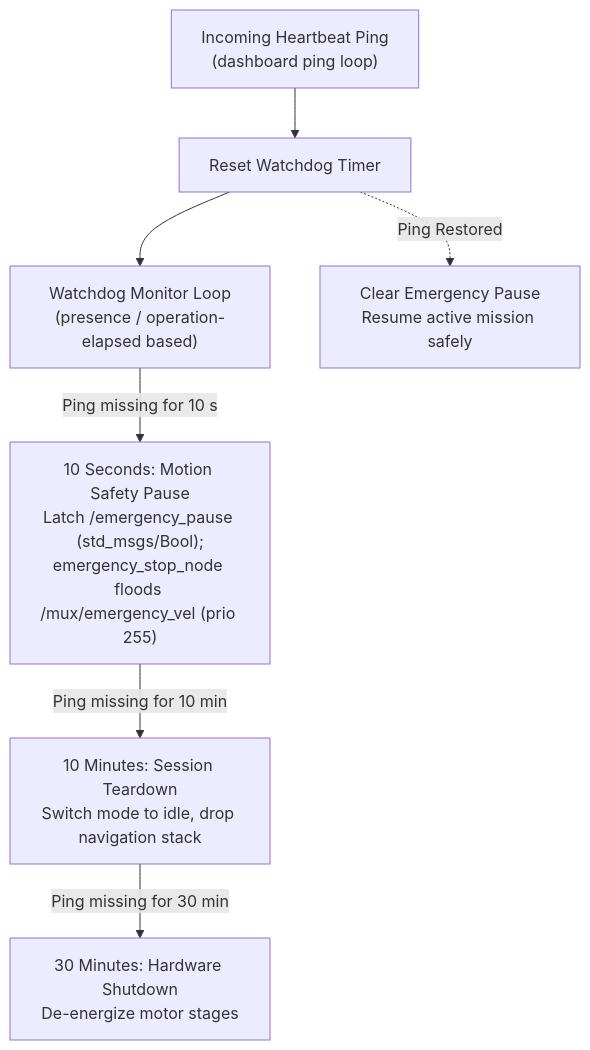
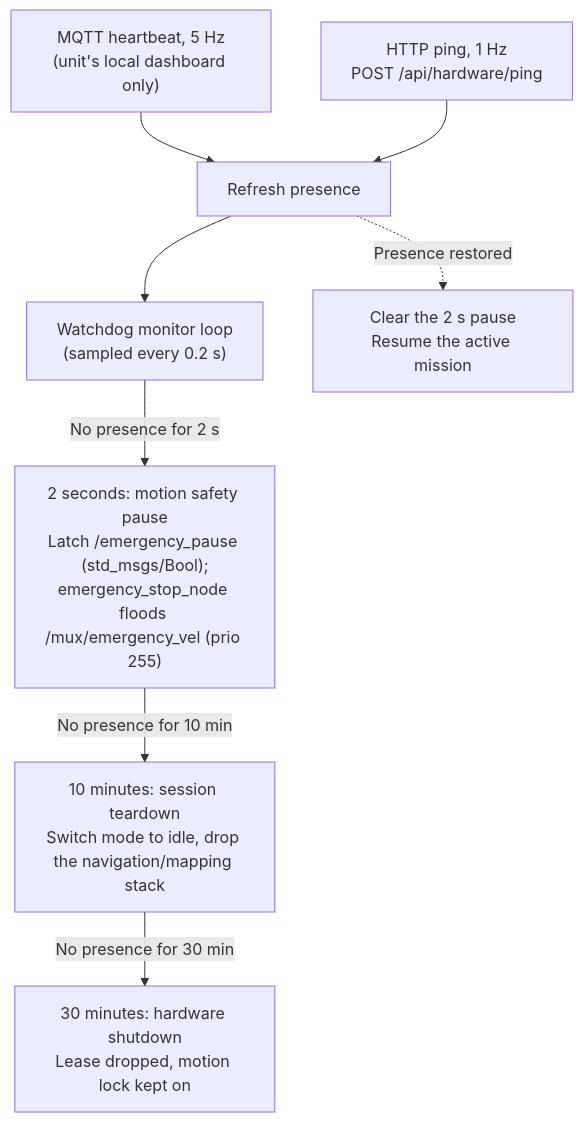
The diagram in docs/development/ros/safety-watchdog.md (itbdelaboprogramming/msd700_documentation), drawn with Mermaid before and after one commit. The commit also changed other lines of this file and 340 other files, not shown here.

````diff
--- a/docs/development/ros/safety-watchdog.md
+++ b/docs/development/ros/safety-watchdog.md
@@ -12,11 +12,12 @@
 ```mermaid
 flowchart TB
-  PING["Incoming Heartbeat Ping<br/>(dashboard ping loop)"] --> RESET["Reset Watchdog Timer"]
-  RESET --> MONITOR["Watchdog Monitor Loop<br/>(presence / operation-elapsed based)"]
+  HB["MQTT heartbeat, 5 Hz<br/>(unit's local dashboard only)"] --> RESET["Refresh presence"]
+  PING["HTTP ping, 1 Hz<br/>POST /api/hardware/ping"] --> RESET
+  RESET --> MONITOR["Watchdog monitor loop<br/>(sampled every 0.2 s)"]
 
-  MONITOR -->|Ping missing for 10 s| PAUSE["10 Seconds: Motion Safety Pause<br/>Latch /emergency_pause (std_msgs/Bool);<br/>emergency_stop_node floods /mux/emergency_vel (prio 255)"]
-  PAUSE -->|Ping missing for 10 min| TEARDOWN["10 Minutes: Session Teardown<br/>Switch mode to idle, drop navigation stack"]
-  TEARDOWN -->|Ping missing for 30 min| SHUTDOWN["30 Minutes: Hardware Shutdown<br/>De-energize motor stages"]
+  MONITOR -->|No presence for 2 s| PAUSE["2 seconds: motion safety pause<br/>Latch /emergency_pause (std_msgs/Bool);<br/>emergency_stop_node floods /mux/emergency_vel (prio 255)"]
+  PAUSE -->|No presence for 10 min| TEARDOWN["10 minutes: session teardown<br/>Switch mode to idle, drop the navigation/mapping stack"]
+  TEARDOWN -->|No presence for 30 min| SHUTDOWN["30 minutes: hardware shutdown<br/>Lease dropped, motion lock kept on"]
 
-  RESET -.->|Ping Restored| UNPAUSE["Clear Emergency Pause<br/>Resume active mission safely"]
+  RESET -.->|Presence restored| UNPAUSE["Clear the 2 s pause<br/>Resume the active mission"]
 ```
````
